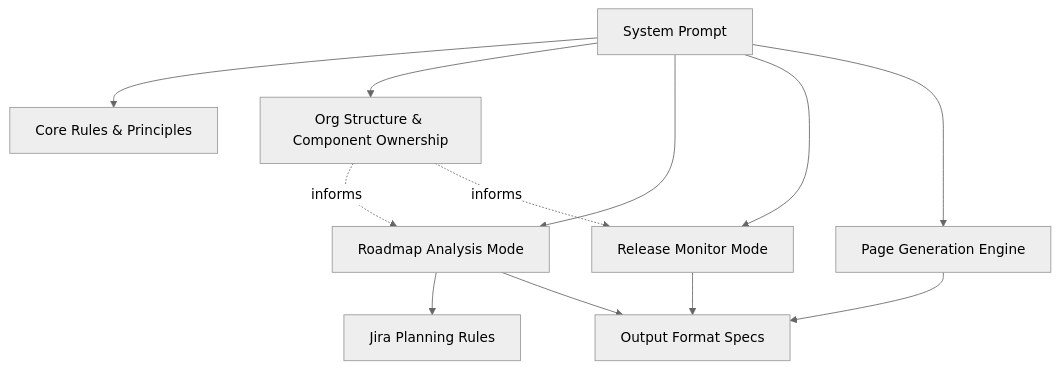
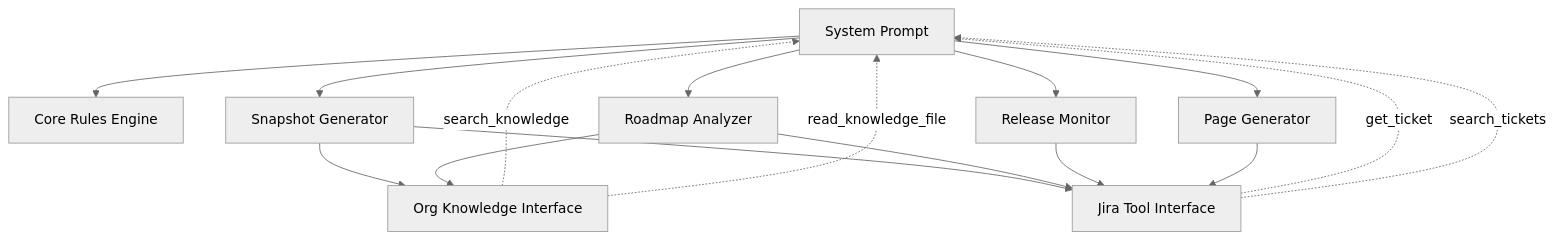
One commit to jmac-cornelis/agent-workforce changed the first of 4 diagrams in docs/agents-gantt-prompts.md. Above: the diagram before and after it, drawn with Mermaid (neutral theme). The commit also changed other lines of this file and 4 other files, not shown here.

````diff
--- a/docs/agents-gantt-prompts.md
+++ b/docs/agents-gantt-prompts.md
@@ -34,25 +33,29 @@
 ```mermaid
 graph TB
     SystemPrompt[System Prompt]
-    CoreRules[Core Rules & Principles]
-    OrgKnowledge[Org Structure & Component Ownership]
-    RoadmapMode[Roadmap Analysis Mode]
-    ReleaseMode[Release Monitor Mode]
-    PageGen[Page Generation Engine]
-    JiraRules[Jira Planning Rules]
-    OutputFormats[Output Format Specs]
+    CoreRules[Core Rules Engine]
+    SnapshotGen[Snapshot Generator]
+    RoadmapAnalyzer[Roadmap Analyzer]
+    ReleaseMonitor[Release Monitor]
+    PageGenerator[Page Generator]
+    OrgKnowledge[Org Knowledge Interface]
+    JiraTools[Jira Tool Interface]
     
     SystemPrompt --> CoreRules
-    SystemPrompt --> OrgKnowledge
-    SystemPrompt --> RoadmapMode
-    SystemPrompt --> ReleaseMode
-    SystemPrompt --> PageGen
+    SystemPrompt --> SnapshotGen
+    SystemPrompt --> RoadmapAnalyzer
+    SystemPrompt --> ReleaseMonitor
+    SystemPrompt --> PageGenerator
     
-    RoadmapMode --> JiraRules
-    RoadmapMode --> OutputFormats
-    PageGen --> OutputFormats
-    ReleaseMode --> OutputFormats
+    SnapshotGen --> OrgKnowledge
+    SnapshotGen --> JiraTools
+    RoadmapAnalyzer --> OrgKnowledge
+    RoadmapAnalyzer --> JiraTools
+    ReleaseMonitor --> JiraTools
+    PageGenerator --> JiraTools
     
-    OrgKnowledge -.->|informs| RoadmapMode
-    OrgKnowledge -.->|informs| ReleaseMode
+    OrgKnowledge -.->|search_knowledge| SystemPrompt
+    OrgKnowledge -.->|read_knowledge_file| SystemPrompt
+    JiraTools -.->|get_ticket| SystemPrompt
+    JiraTools -.->|search_tickets| SystemPrompt
 ```
````
